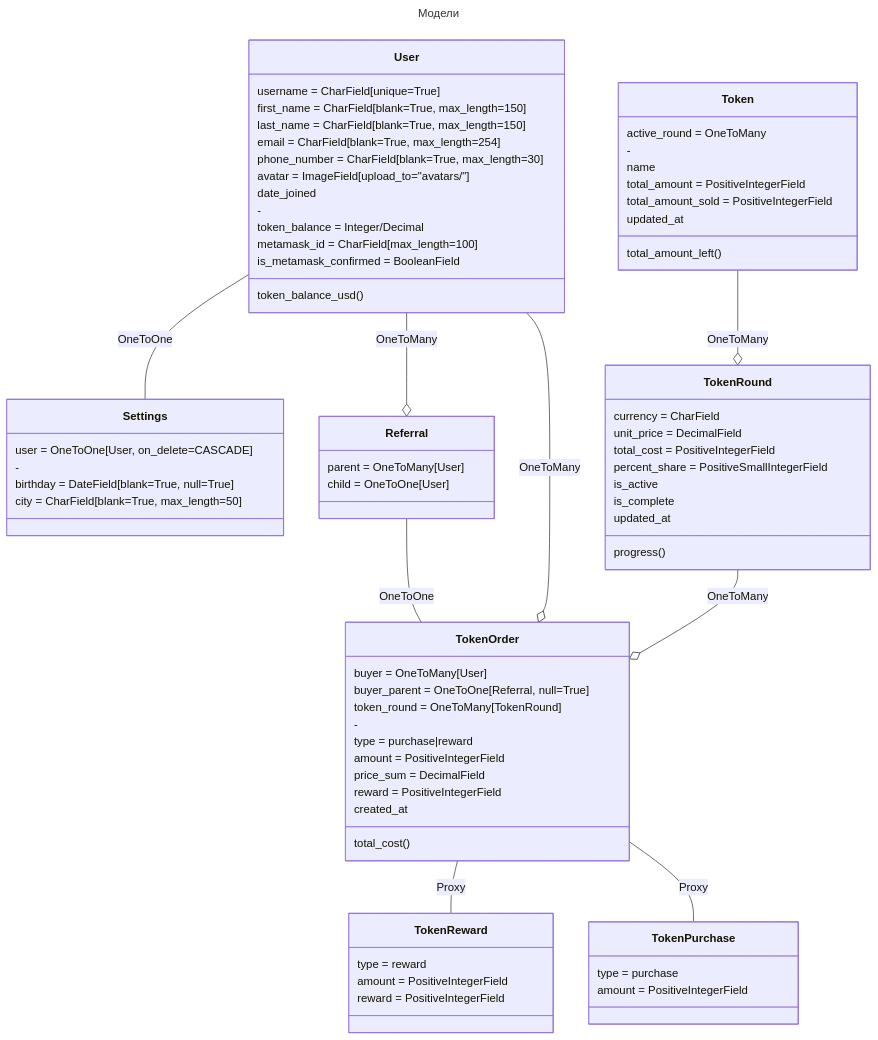
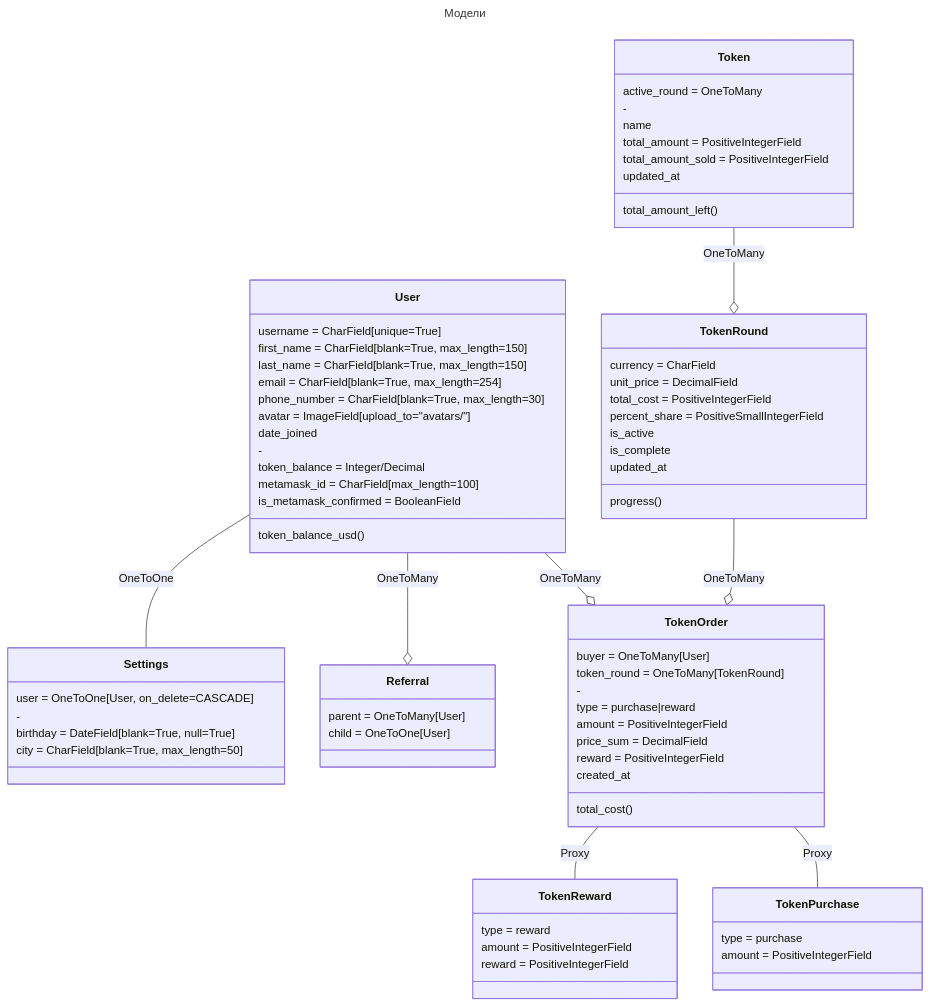
One commit to DmitryPi/market_django changed the first of 2 diagrams in README.md. Above: the diagram before and after it, drawn with Mermaid. The commit also changed 28 other files, not shown here.

```diff
--- a/README.md
+++ b/README.md
@@ -46,7 +46,6 @@
     Token --o TokenRound : OneToMany
     User --o TokenOrder : OneToMany
     TokenRound --o TokenOrder : OneToMany
-    Referral -- TokenOrder : OneToOne
     TokenOrder -- TokenReward : Proxy
     TokenOrder -- TokenPurchase : Proxy
 
@@ -100,7 +99,6 @@
 
     class TokenOrder {
         buyer = OneToMany[User]
-        buyer_parent = OneToOne[Referral, null=True]
         token_round = OneToMany[TokenRound]
         -
         type = purchase|reward
```
